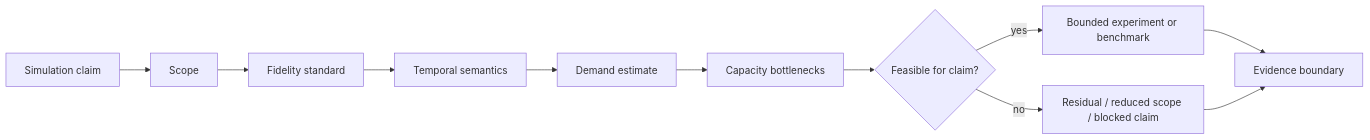
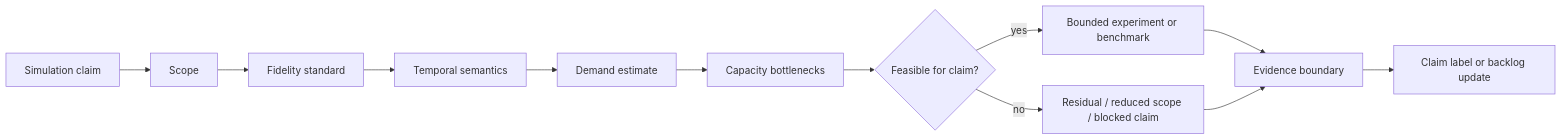
One commit to corbensorenson/asi-stack-book changed the diagram in chapters/simulation-fidelity-and-physical-constraints.qmd. Above: the diagram before and after it, drawn with Mermaid. The commit also changed 20 other files, not shown here.

Commit message:
Raise diagram substance floor

````diff
--- a/chapters/simulation-fidelity-and-physical-constraints.qmd
+++ b/chapters/simulation-fidelity-and-physical-constraints.qmd
@@ -106,13 +106,14 @@
 ```{mermaid}
 flowchart LR
   A["Simulation claim"] --> B["Scope"]
   B --> C["Fidelity standard"]
   C --> D["Temporal semantics"]
   D --> E["Demand estimate"]
   E --> F["Capacity bottlenecks"]
   F --> G{"Feasible for claim?"}
   G -- "yes" --> H["Bounded experiment or benchmark"]
   G -- "no" --> I["Residual / reduced scope / blocked claim"]
   H --> J["Evidence boundary"]
   I --> J
+  J --> K["Claim label or backlog update"]
 ```
````
